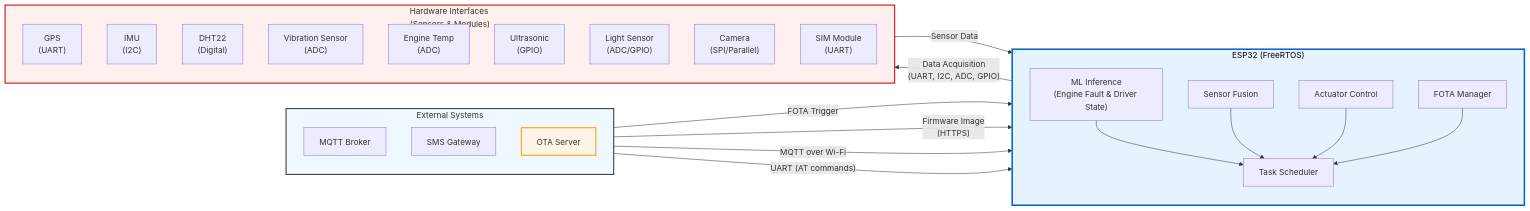
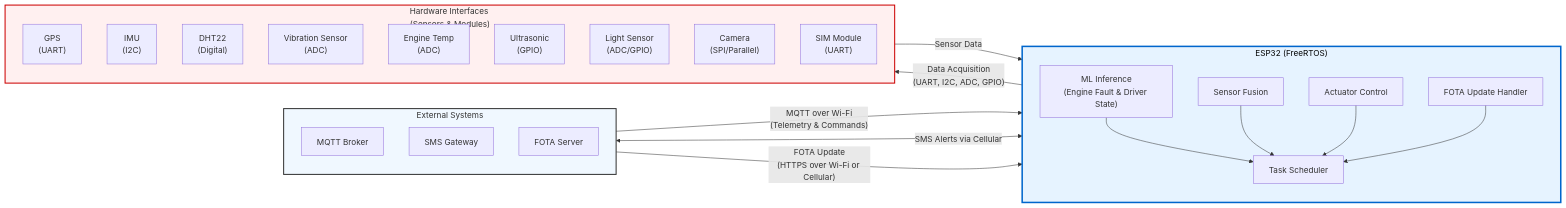
One commit to Waelkahlawy/Car-Monitoring-System changed the diagram in README.md. Above: the diagram before and after it, drawn with Mermaid.

````diff
--- a/README.md
+++ b/README.md
@@ -56,49 +56,41 @@
 ```mermaid
 flowchart LR
     subgraph External["External Systems"]
         direction TB
         MQTT[MQTT Broker]
         SMS[SMS Gateway]
-        OTA[OTA Server]
+        FOTA_Server[FOTA Server]
     end
-
     subgraph ESP32["ESP32 (FreeRTOS)"]
         direction TB
         ML["ML Inference\n(Engine Fault & Driver State)"]
         Scheduler[Task Scheduler]
         Fusion[Sensor Fusion]
         Actuator[Actuator Control]
-        FOTA["FOTA Manager"]
-
+        FOTA["FOTA Update Handler"]
         ML --> Scheduler
         Fusion --> Scheduler
         Actuator --> Scheduler
         FOTA --> Scheduler
     end
-
     subgraph Hardware["Hardware Interfaces\n(Sensors & Modules)"]
         direction TB
         GPS["GPS\n(UART)"]
         IMU["IMU\n(I2C)"]
         DHT["DHT22\n(Digital)"]
         Vib["Vibration Sensor\n(ADC)"]
         Temp["Engine Temp\n(ADC)"]
         Ultra["Ultrasonic\n(GPIO)"]
         Light["Light Sensor\n(ADC/GPIO)"]
         Camera["Camera\n(SPI/Parallel)"]
         SIM["SIM Module\n(UART)"]
     end
-
-    External -->|"MQTT over Wi-Fi"| ESP32
-    External -->|"UART (AT commands)"| ESP32
+    MQTT -->|"MQTT over Wi-Fi\n(Telemetry & Commands)"| ESP32
+    SMS <-->|"SMS Alerts via Cellular"| ESP32
+    FOTA_Server -->|"FOTA Update\n(HTTPS over Wi-Fi or Cellular)"| ESP32
     ESP32 -->|"Data Acquisition\n(UART, I2C, ADC, GPIO)"| Hardware
     Hardware -->|"Sensor Data"| ESP32
-
-    MQTT -->|"FOTA Trigger"| FOTA
-    OTA -->|"Firmware Image\n(HTTPS)"| FOTA
-
     style External fill:#f0f8ff,stroke:#333,stroke-width:2px
-    style OTA fill:#fff5e6,stroke:#ff9900,stroke-width:2px
     style ESP32 fill:#e6f3ff,stroke:#0066cc,stroke-width:3px,color:#000
     style Hardware fill:#fff0f0,stroke:#cc0000,stroke-width:2px
 ```
````
